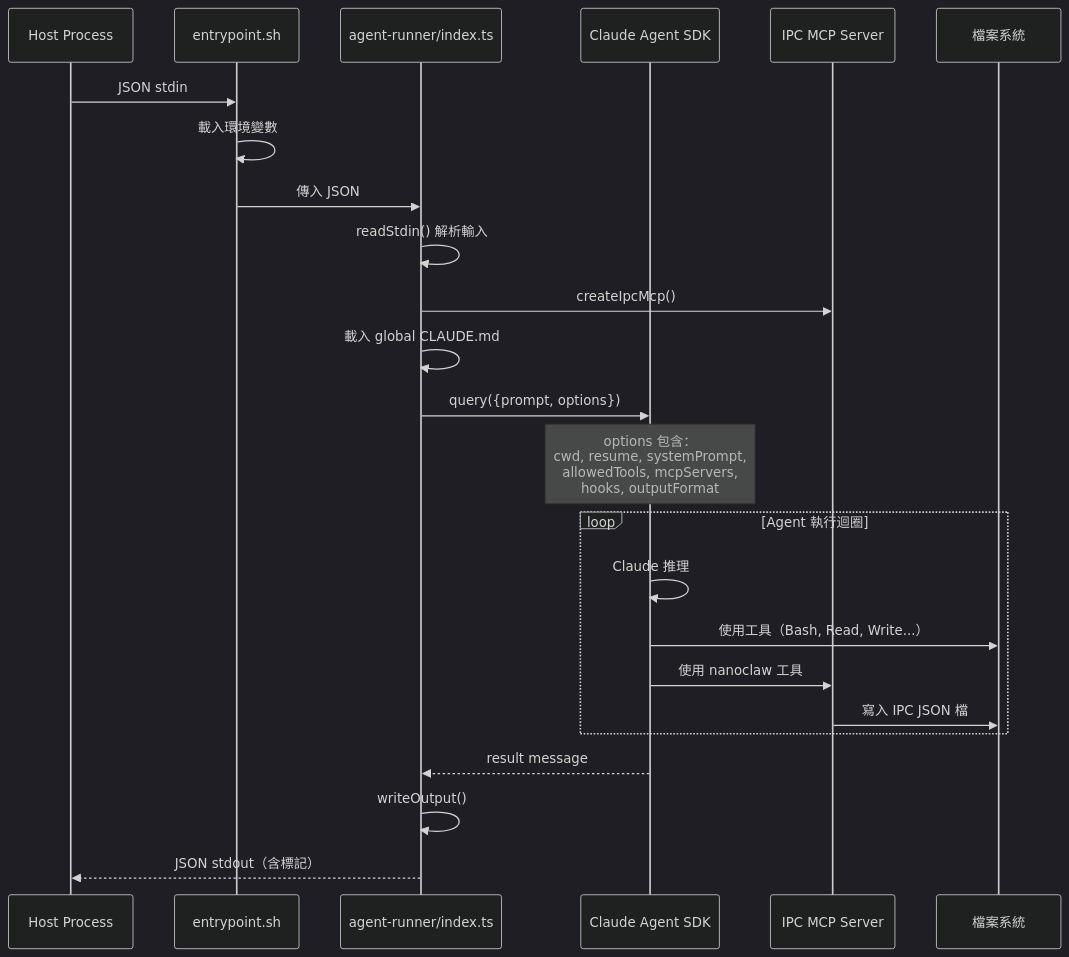
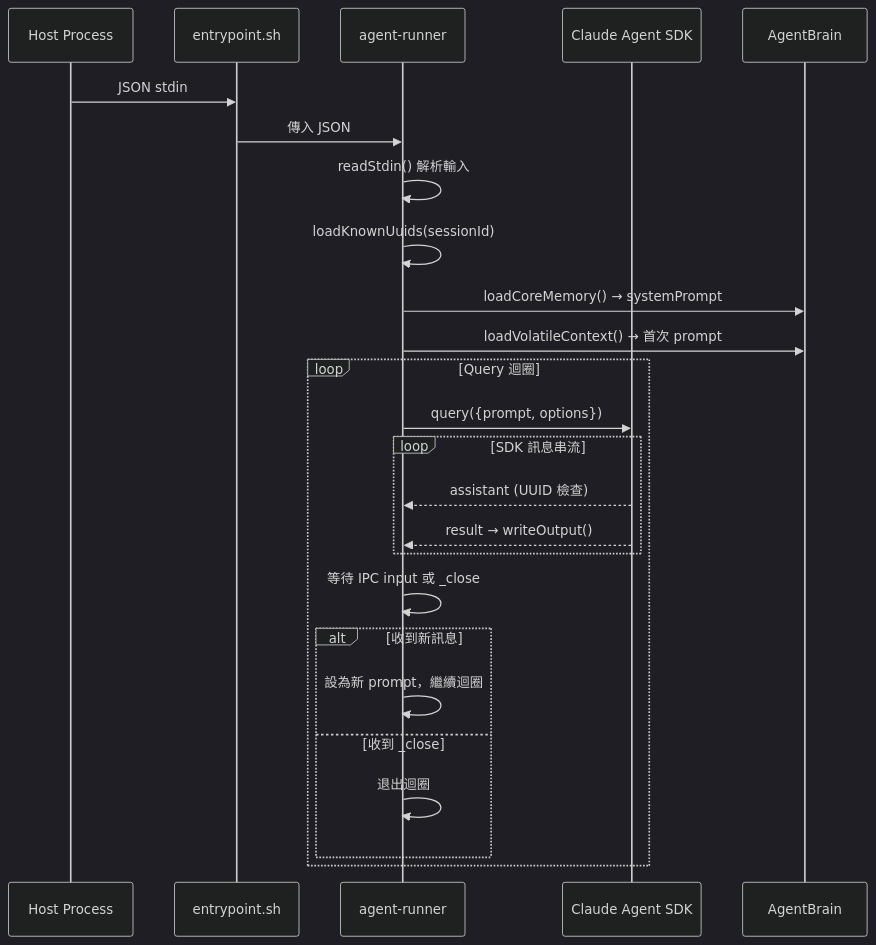
One commit to shunwork/nanoclaw changed diagram 18 of 39 in tutorial/TUTORIAL.md. Above: the diagram before and after it, drawn with Mermaid (dark theme). The commit also changed other lines of this file and 18 other files, not shown here.

````diff
--- a/tutorial/TUTORIAL.md
+++ b/tutorial/TUTORIAL.md
@@ -954,31 +939,32 @@
 ```mermaid
 sequenceDiagram
     participant Host as Host Process
     participant Entry as entrypoint.sh
-    participant Runner as agent-runner/index.ts
+    participant Runner as agent-runner
     participant SDK as Claude Agent SDK
-    participant MCP as IPC MCP Server
-    participant Files as 檔案系統
+    participant Brain as AgentBrain
 
     Host->>Entry: JSON stdin
-    Entry->>Entry: 載入環境變數
     Entry->>Runner: 傳入 JSON
 
     Runner->>Runner: readStdin() 解析輸入
-    Runner->>MCP: createIpcMcp()
-    Runner->>Runner: 載入 global CLAUDE.md
+    Runner->>Runner: loadKnownUuids(sessionId)
+    Runner->>Brain: loadCoreMemory() → systemPrompt
+    Runner->>Brain: loadVolatileContext() → 首次 prompt
 
-    Runner->>SDK: query({prompt, options})
-    Note over SDK: options 包含：<br>cwd, resume, systemPrompt,<br>allowedTools, mcpServers,<br>hooks, outputFormat
+    loop Query 迴圈
+        Runner->>SDK: query({prompt, options})
 
-    loop Agent 執行迴圈
-        SDK->>SDK: Claude 推理
-        SDK->>Files: 使用工具（Bash, Read, Write...）
-        SDK->>MCP: 使用 nanoclaw 工具
-        MCP->>Files: 寫入 IPC JSON 檔
+        loop SDK 訊息串流
+            SDK-->>Runner: assistant (UUID 檢查)
+            SDK-->>Runner: result → writeOutput()
+        end
+
+        Runner->>Runner: 等待 IPC input 或 _close
+        alt 收到新訊息
+            Runner->>Runner: 設為新 prompt，繼續迴圈
+        else 收到 _close
+            Runner->>Runner: 退出迴圈
+        end
     end
-
-    SDK-->>Runner: result message
-    Runner->>Runner: writeOutput()
-    Runner-->>Host: JSON stdout（含標記）
 ```
````
